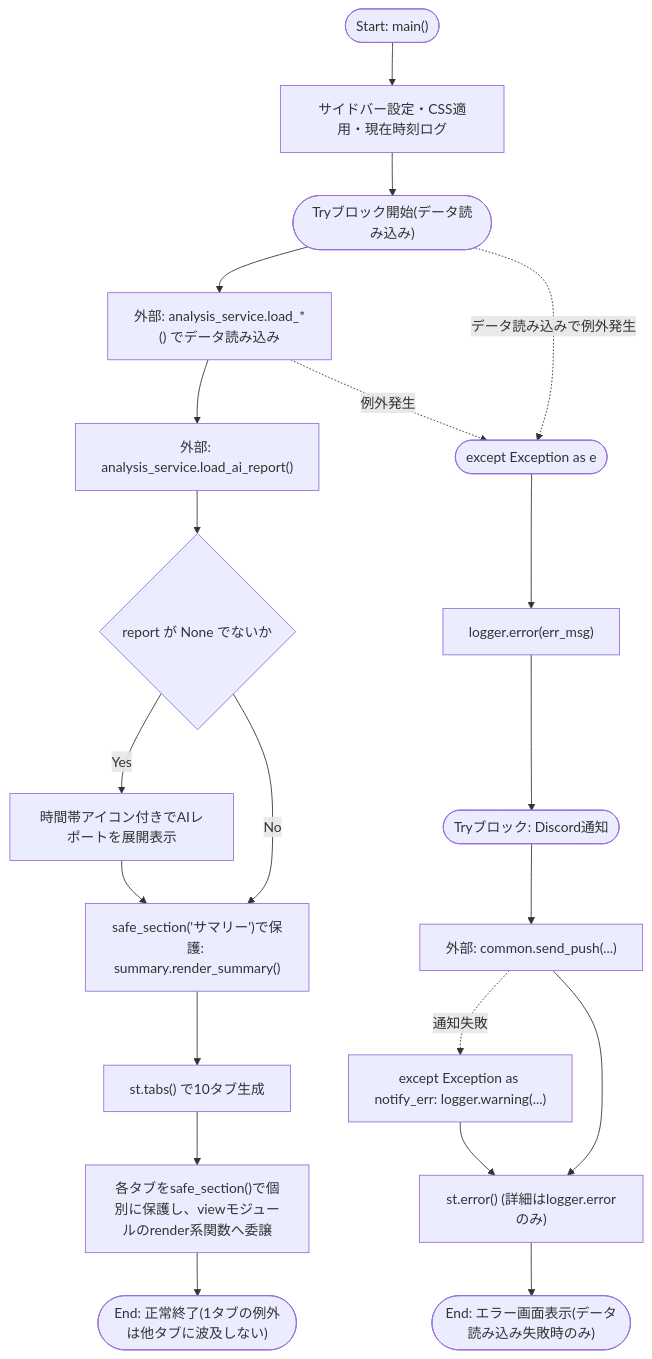
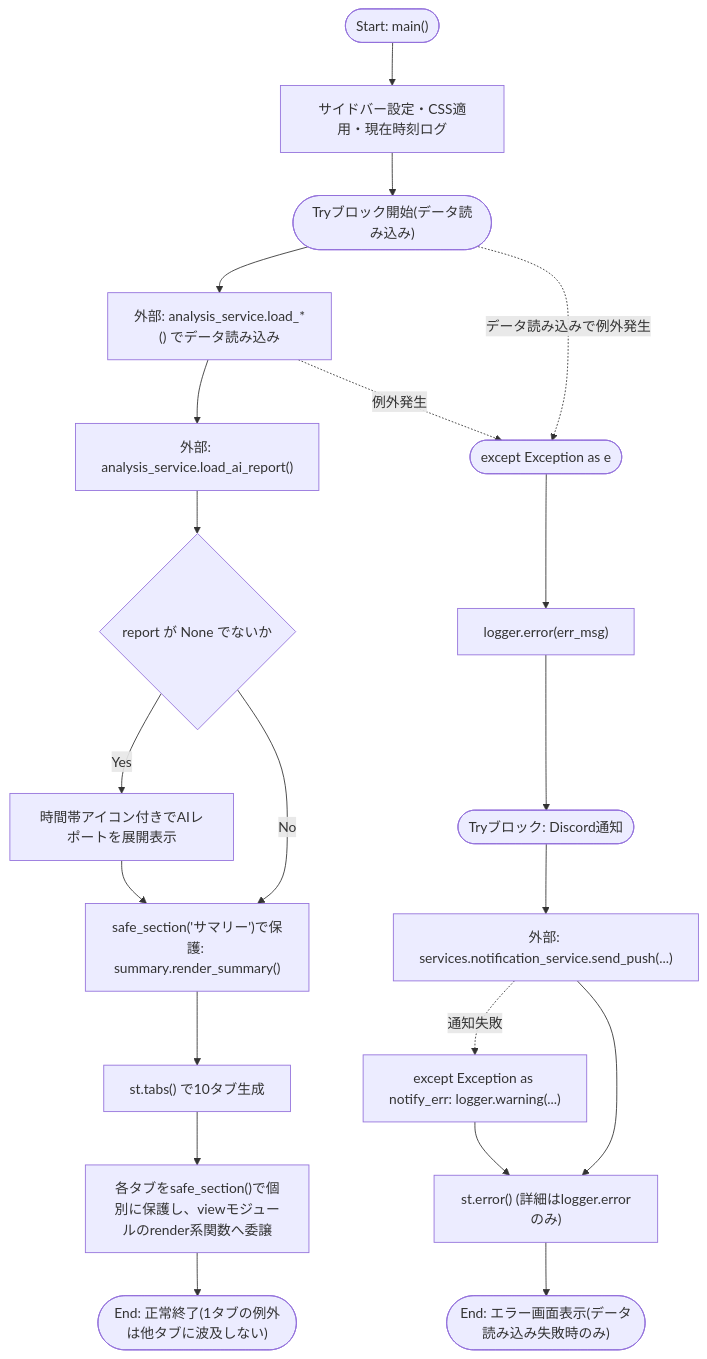
Before and after one commit to mmtigers/my_python_project: the first of 2 diagrams in docs/specifications/MY_HOME_SYSTEM/dashboard.md, drawn with Mermaid. The commit also changed other lines of this file and 91 other files, not shown here.

````diff
--- a/docs/specifications/MY_HOME_SYSTEM/dashboard.md
+++ b/docs/specifications/MY_HOME_SYSTEM/dashboard.md
@@ -146,27 +146,27 @@
 ```mermaid
 flowchart TD
     Start(["Start: main()"]) --> Sidebar["サイドバー設定・CSS適用・現在時刻ログ"]
     Sidebar --> TryStart(["Tryブロック開始(データ読み込み)"])
 
     TryStart --> LoadData["外部: analysis_service.load_*() でデータ読み込み"]
     LoadData --> LoadReport["外部: analysis_service.load_ai_report()"]
     LoadReport --> CheckReport{"report が None でないか"}
     CheckReport -- Yes --> RenderReport["時間帯アイコン付きでAIレポートを展開表示"]
     CheckReport -- No --> RenderSummary
     RenderReport --> RenderSummary["safe_section('サマリー')で保護: summary.render_summary()"]
 
     RenderSummary --> CreateTabs["st.tabs() で10タブ生成"]
     CreateTabs --> RenderTabs["各タブをsafe_section()で個別に保護し、viewモジュールのrender系関数へ委譲"]
     RenderTabs --> End(["End: 正常終了(1タブの例外は他タブに波及しない)"])
 
     TryStart -. データ読み込みで例外発生 .-> Catch(["except Exception as e"])
     LoadData -. 例外発生 .-> Catch
 
     Catch --> LogErr["logger.error(err_msg)"]
     LogErr --> TryNotify(["Tryブロック: Discord通知"])
-    TryNotify --> SendPush["外部: common.send_push(...)"]
+    TryNotify --> SendPush["外部: services.notification_service.send_push(...)"]
     SendPush -. 通知失敗 .-> LogWarn["except Exception as notify_err: logger.warning(...)"]
     SendPush --> ShowError
     LogWarn --> ShowError["st.error() (詳細はlogger.errorのみ)"]
     ShowError --> EndErr(["End: エラー画面表示(データ読み込み失敗時のみ)"])
 ```
````
